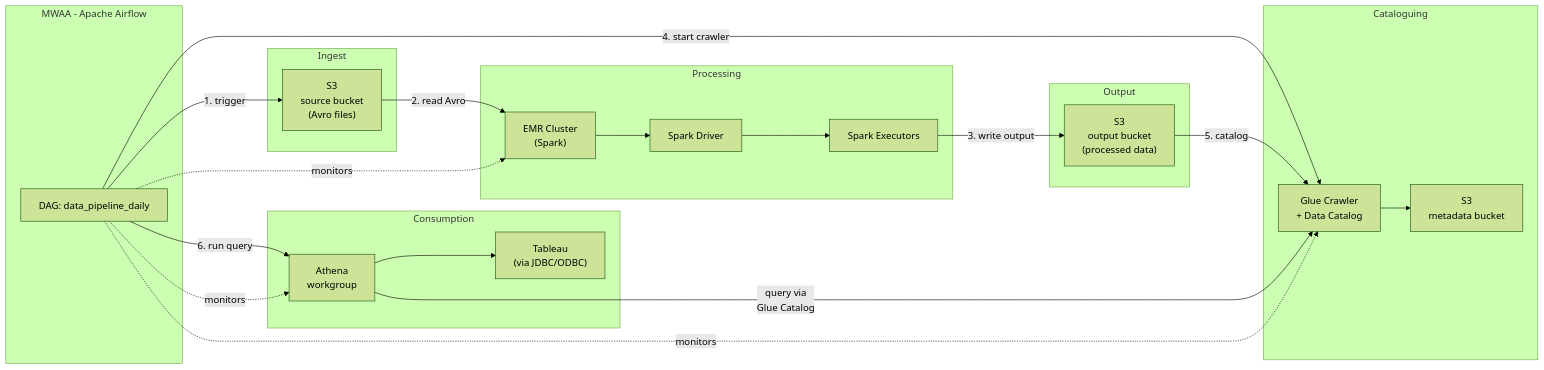
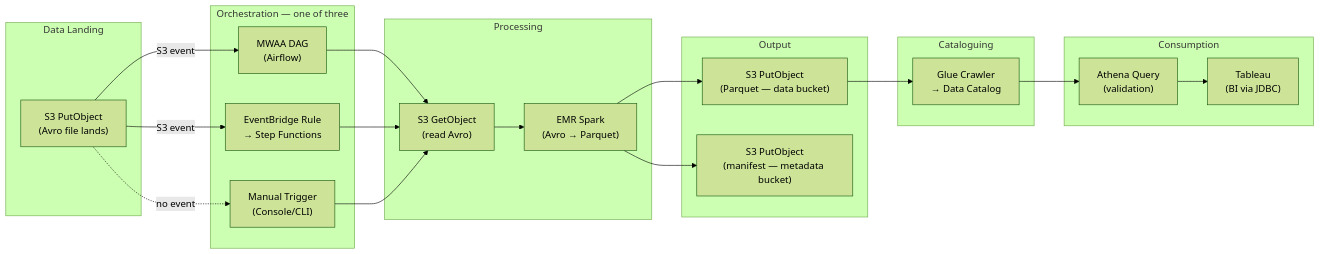
Before and after one commit to rkernutt/cloud-to-elastic-load-generator: the first of 3 diagrams in docs/chained-events/data-analytics-pipeline.md, drawn with Mermaid (forest theme). The commit also changed other lines of this file and 1684 other files, not shown here.

````diff
--- a/docs/chained-events/data-analytics-pipeline.md
+++ b/docs/chained-events/data-analytics-pipeline.md
@@ -19,45 +32,46 @@
 ```mermaid
 flowchart LR
-    subgraph orchestration [MWAA - Apache Airflow]
-        DAG["DAG: data_pipeline_daily"]
+    subgraph trigger [Data Landing]
+        S3land["S3 PutObject\n(Avro file lands)"]
     end
 
-    subgraph ingest [Ingest]
-        S3src["S3\nsource bucket\n(Avro files)"]
+    subgraph orchestration [Orchestration — one of three]
+        MWAA["MWAA DAG\n(Airflow)"]
+        EB["EventBridge Rule\n→ Step Functions"]
+        Manual["Manual Trigger\n(Console/CLI)"]
     end
 
     subgraph process [Processing]
-        EMR["EMR Cluster\n(Spark)"]
-        SparkDriver["Spark Driver"]
-        SparkExec["Spark Executors"]
-        EMR --> SparkDriver --> SparkExec
+        S3src["S3 GetObject\n(read Avro)"]
+        EMR["EMR Spark\n(Avro → Parquet)"]
     end
 
     subgraph output [Output]
-        S3out["S3\noutput bucket\n(processed data)"]
+        S3data["S3 PutObject\n(Parquet — data bucket)"]
+        S3meta["S3 PutObject\n(manifest — metadata bucket)"]
     end
 
     subgraph catalog [Cataloguing]
-        Glue["Glue Crawler\n+ Data Catalog"]
-        S3meta["S3\nmetadata bucket"]
-        Glue --> S3meta
+        Glue["Glue Crawler\n→ Data Catalog"]
     end
 
-    subgraph query [Consumption]
-        Athena["Athena\nworkgroup"]
-        Tableau["Tableau\n(via JDBC/ODBC)"]
-        Athena --> Tableau
+    subgraph consume [Consumption]
+        Athena["Athena Query\n(validation)"]
+        Tableau["Tableau\n(BI via JDBC)"]
     end
 
-    DAG -->|"1. trigger"| S3src
-    S3src -->|"2. read Avro"| EMR
-    SparkExec -->|"3. write output"| S3out
-    DAG -->|"4. start crawler"| Glue
-    S3out -->|"5. catalog"| Glue
-    DAG -->|"6. run query"| Athena
-    Athena -->|"query via\nGlue Catalog"| Glue
+    S3land -->|"S3 event"| MWAA
+    S3land -->|"S3 event"| EB
+    S3land -.->|"no event"| Manual
 
-    DAG -.->|monitors| EMR
-    DAG -.->|monitors| Glue
-    DAG -.->|monitors| Athena
+    MWAA --> S3src
+    EB --> S3src
+    Manual --> S3src
+
+    S3src --> EMR
+    EMR --> S3data
+    EMR --> S3meta
+    S3data --> Glue
+    Glue --> Athena
+    Athena --> Tableau
 ```
````
